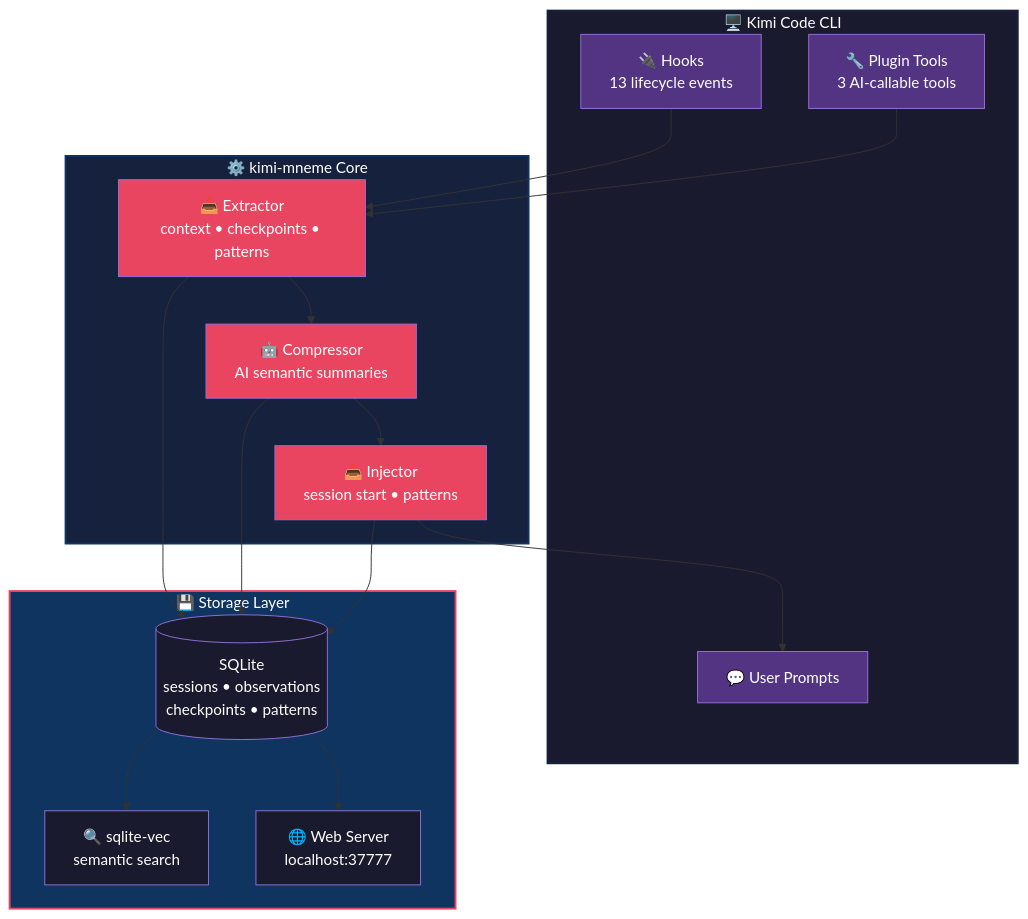
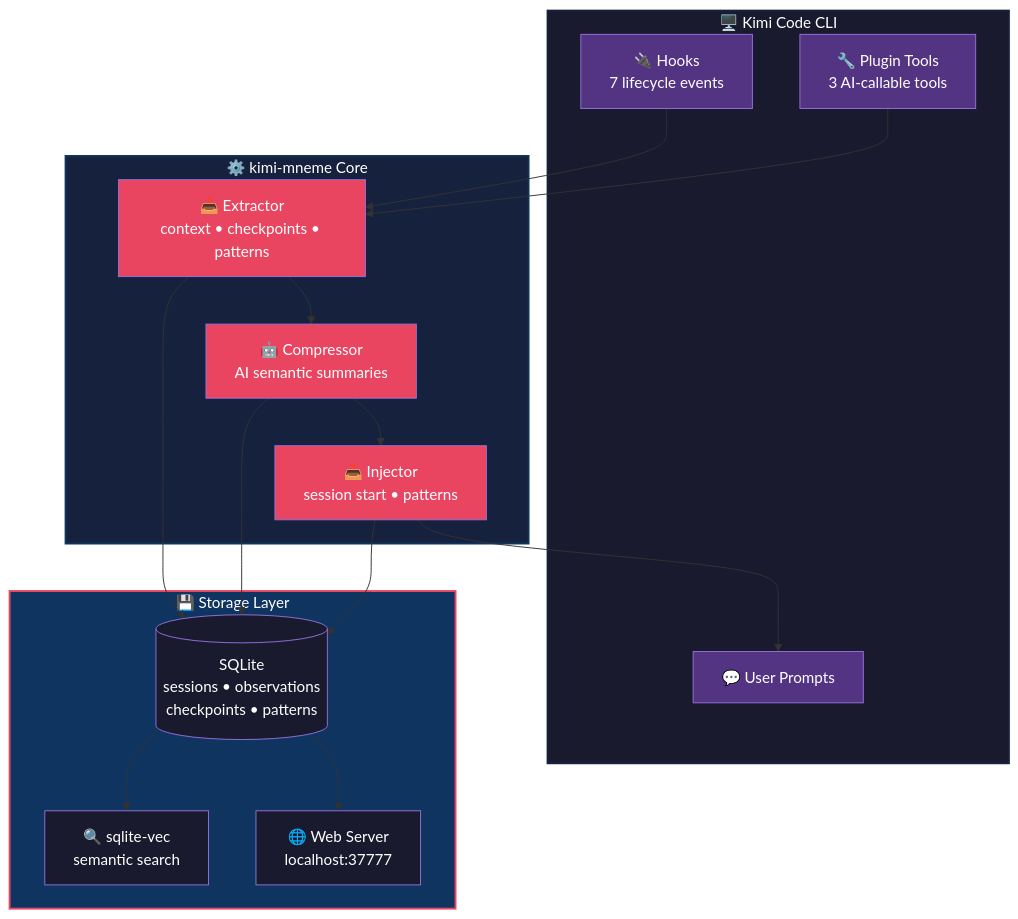
Before and after one commit to barrelc/kimi-mneme: the diagram in README.md, drawn with Mermaid. The commit also changed other lines of this file and 20 other files, not shown here.

````diff
--- a/README.md
+++ b/README.md
@@ -191,44 +191,44 @@
 ```mermaid
 flowchart TB
     subgraph kimi_cli["🖥️ Kimi Code CLI"]
-        hooks["🔌 Hooks<br/>13 lifecycle events"]
+        hooks["🔌 Hooks<br/>7 lifecycle events"]
         plugin["🔧 Plugin Tools<br/>3 AI-callable tools"]
         prompts["💬 User Prompts"]
     end
 
     subgraph core["⚙️ kimi-mneme Core"]
         extractor["📥 Extractor<br/>context • checkpoints • patterns"]
         compressor["🤖 Compressor<br/>AI semantic summaries"]
         injector["📤 Injector<br/>session start • patterns"]
     end
 
     subgraph storage["💾 Storage Layer"]
         sqlite[("SQLite<br/>sessions • observations<br/>checkpoints • patterns")]
         vec["🔍 sqlite-vec<br/>semantic search"]
         server["🌐 Web Server<br/>localhost:37777"]
     end
 
     hooks --> extractor
     plugin --> extractor
     extractor --> compressor
     compressor --> injector
     injector --> prompts
     extractor --> sqlite
     compressor --> sqlite
     injector --> sqlite
     sqlite --> vec
     sqlite --> server
 
     style kimi_cli fill:#1a1a2e,stroke:#16213e,stroke-width:2px,color:#fff
     style core fill:#16213e,stroke:#0f3460,stroke-width:2px,color:#fff
     style storage fill:#0f3460,stroke:#e94560,stroke-width:2px,color:#fff
     style hooks fill:#533483,color:#fff
     style plugin fill:#533483,color:#fff
     style prompts fill:#533483,color:#fff
     style extractor fill:#e94560,color:#fff
     style compressor fill:#e94560,color:#fff
     style injector fill:#e94560,color:#fff
     style sqlite fill:#1a1a2e,color:#fff
     style vec fill:#1a1a2e,color:#fff
     style server fill:#1a1a2e,color:#fff
 ```
````
